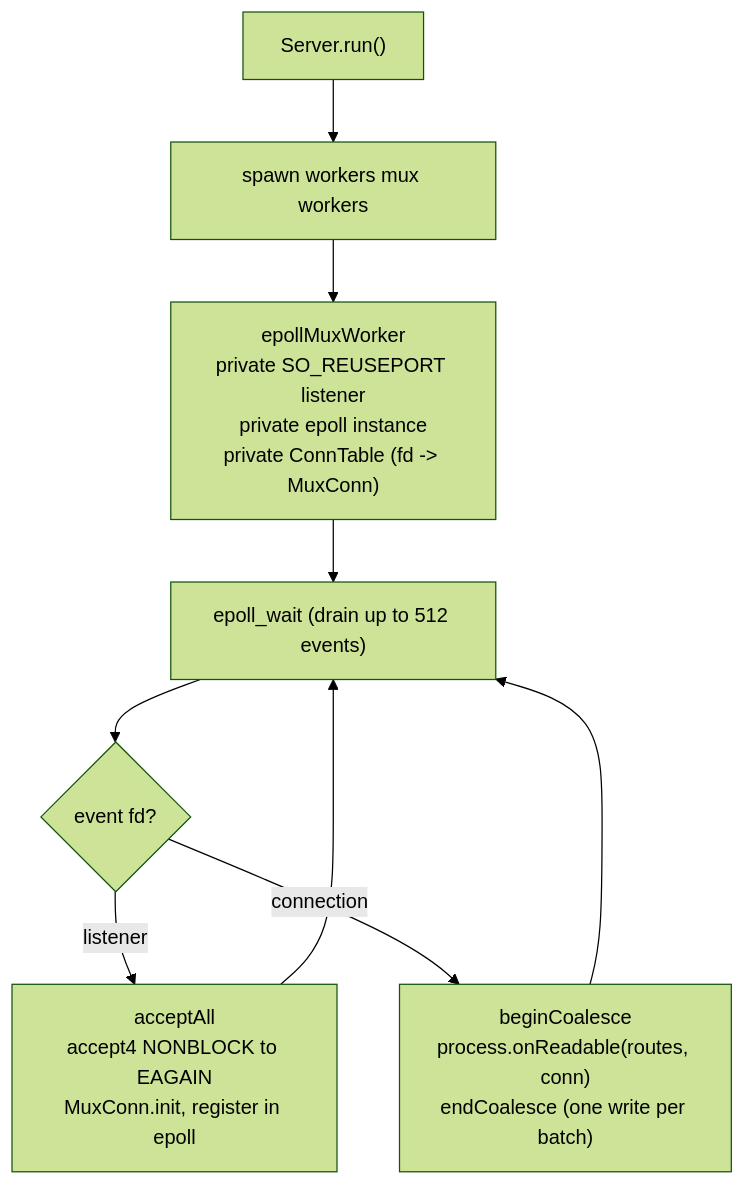
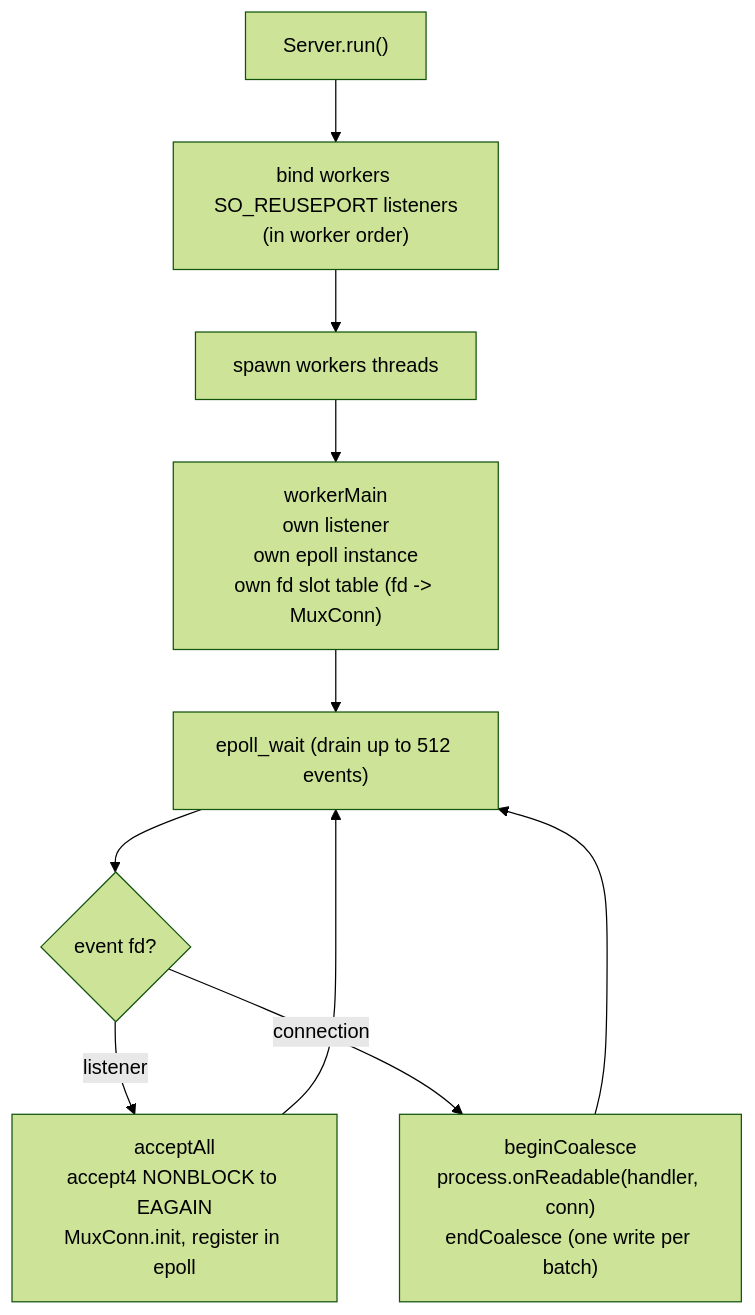
The second of 5 diagrams in docs/hld-http2-id.md (prothegee/zix), drawn with Mermaid (forest theme) before and after one commit. The commit also changed other lines of this file, not shown here.

````diff
--- a/docs/hld-http2-id.md
+++ b/docs/hld-http2-id.md
@@ -67,11 +67,12 @@
 ```mermaid
 flowchart TD
-    MAIN["Server.run()"] --> SPAWN["spawn workers mux workers"]
-    SPAWN --> W["epollMuxWorker\nprivate SO_REUSEPORT listener\nprivate epoll instance\nprivate ConnTable (fd -> MuxConn)"]
+    MAIN["Server.run()"] --> BIND["bind workers SO_REUSEPORT listeners\n(in worker order)"]
+    BIND --> SPAWN["spawn workers threads"]
+    SPAWN --> W["workerMain\nown listener\nown epoll instance\nown fd slot table (fd -> MuxConn)"]
     W --> WAIT["epoll_wait (drain up to 512 events)"]
     WAIT --> EV{"event fd?"}
     EV -->|listener| ACCEPT["acceptAll\naccept4 NONBLOCK to EAGAIN\nMuxConn.init, register in epoll"]
-    EV -->|connection| READ["beginCoalesce\nprocess.onReadable(routes, conn)\nendCoalesce (one write per batch)"]
+    EV -->|connection| READ["beginCoalesce\nprocess.onReadable(handler, conn)\nendCoalesce (one write per batch)"]
     ACCEPT --> WAIT
     READ --> WAIT
 ```
````
